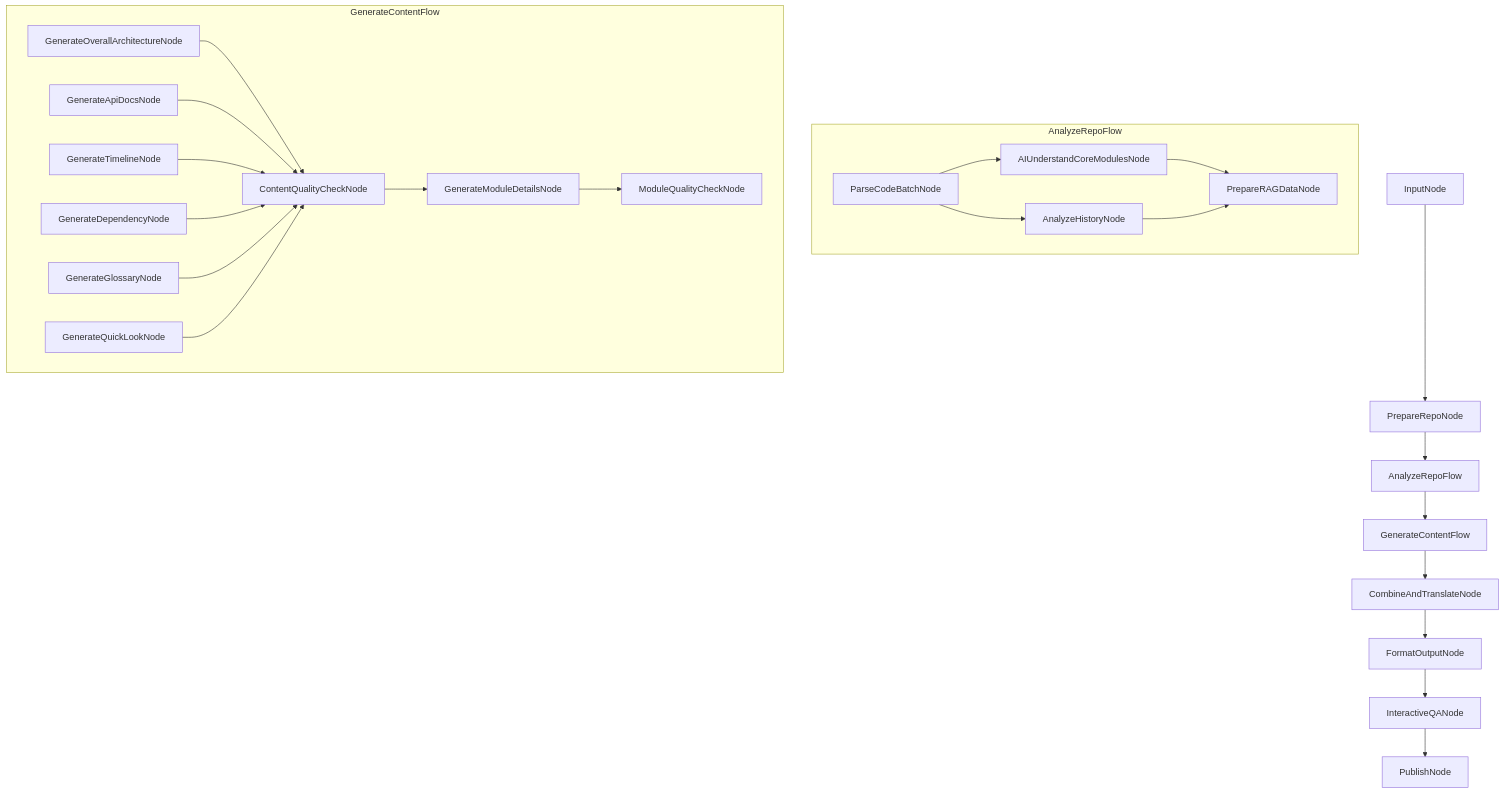
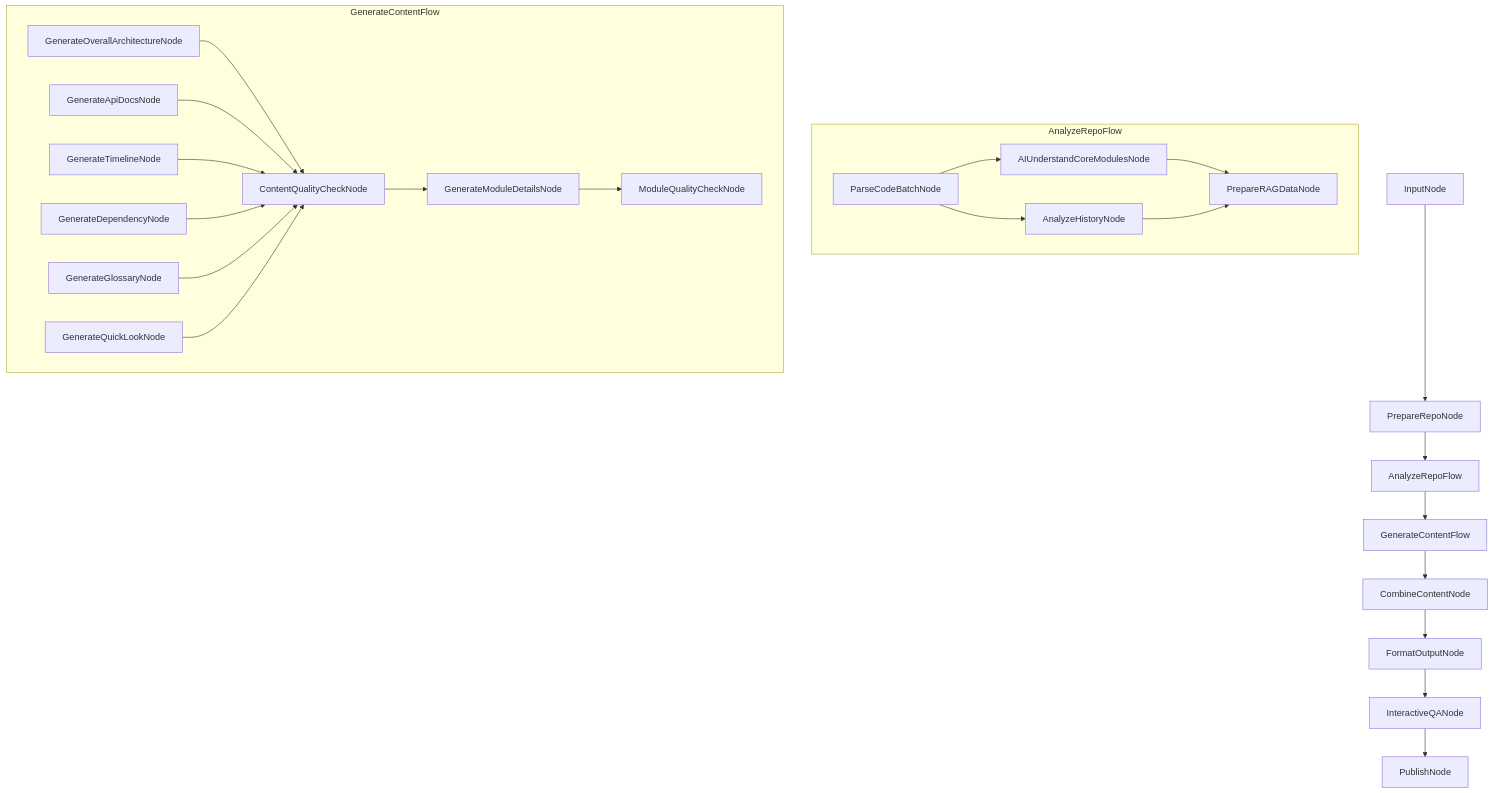
Diagram 13 of 14 in docs/design.md (lws2004/codebase-knowledge-builder), drawn with Mermaid before and after one commit. The commit also changed other lines of this file and 79 other files, not shown here.

````diff
--- a/docs/design.md
+++ b/docs/design.md
@@ -982,31 +976,31 @@
 ```mermaid
 graph TD
     Input[InputNode] --> PrepareRepo[PrepareRepoNode]
     PrepareRepo --> AnalyzeRepo[AnalyzeRepoFlow]
 
     subgraph AnalyzeRepoFlow
         ParseCode[ParseCodeBatchNode] --> AIUnderstand[AIUnderstandCoreModulesNode]
         ParseCode --> AnalyzeHistory[AnalyzeHistoryNode]
         AIUnderstand --> PrepareRAG[PrepareRAGDataNode]
         AnalyzeHistory --> PrepareRAG
     end
 
     AnalyzeRepo --> GenerateContent[GenerateContentFlow]
 
     subgraph GenerateContentFlow
         GenOverall[GenerateOverallArchitectureNode] --> QualityCheck1[ContentQualityCheckNode]
         GenAPI[GenerateApiDocsNode] --> QualityCheck1
         GenTimeline[GenerateTimelineNode] --> QualityCheck1
         GenDependency[GenerateDependencyNode] --> QualityCheck1
         GenGlossary[GenerateGlossaryNode] --> QualityCheck1
         GenQuickLook[GenerateQuickLookNode] --> QualityCheck1
 
         QualityCheck1 --> GenModules[GenerateModuleDetailsNode]
         GenModules --> QualityCheck2[ModuleQualityCheckNode]
     end
 
-    GenerateContent --> CombineTranslate[CombineAndTranslateNode]
-    CombineTranslate --> FormatOutput[FormatOutputNode]
+    GenerateContent --> CombineContent[CombineContentNode]
+    CombineContent --> FormatOutput[FormatOutputNode]
     FormatOutput --> InteractiveQA[InteractiveQANode]
     InteractiveQA --> Publish[PublishNode]
 ```
````
